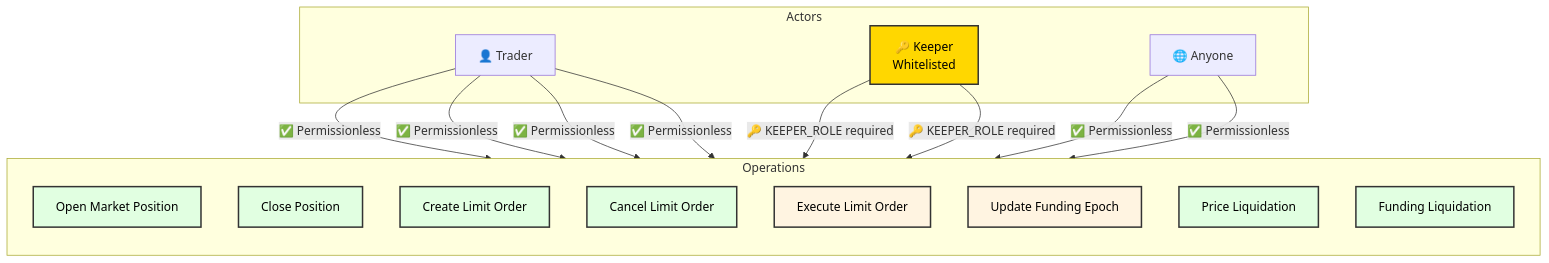
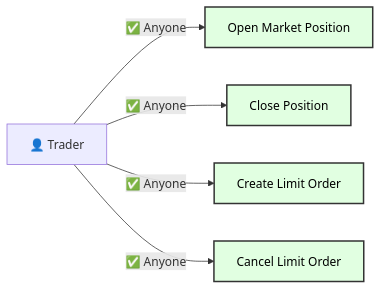
The first of 4 diagrams in README.md (avasnap/tradestaprotocol), drawn with Mermaid before and after one commit. The commit also changed other lines of this file, not shown here.

Commit message:
Split permission model into 3 separate diagrams by actor
Much cleaner presentation:
- Traders diagram: 4 permissionless operations
- Keepers diagram: 2 restricted operations (highlighted in yellow)
- Liquidators diagram: 2 permissionless operations

Benefits:
- Each diagram fits better horizontally
- Clearer separation of concerns
- Easier to see at a glance what each actor can do
- No unnecessary grouping/nesting

🤖 Generated with [Claude Code](https://claude.com/claude-code)

````diff
--- a/README.md
+++ b/README.md
@@ -65,41 +66,12 @@
 ```mermaid
-graph TB
-    subgraph Actors
-        Trader[👤 Trader]
-        Keeper[🔑 Keeper<br/>Whitelisted]
-        Anyone[🌐 Anyone]
-    end
-
-    subgraph "Operations"
-        direction TB
-        CreatePos[Open Market Position]
-        ClosePos[Close Position]
-        CreateOrder[Create Limit Order]
-        CancelOrder[Cancel Limit Order]
-        ExecOrder[Execute Limit Order]
-        UpdateFunding[Update Funding Epoch]
-        PriceLiq[Price Liquidation]
-        FundingLiq[Funding Liquidation]
-    end
-
-    Trader -->|✅ Permissionless| CreatePos
-    Trader -->|✅ Permissionless| ClosePos
-    Trader -->|✅ Permissionless| CreateOrder
-    Trader -->|✅ Permissionless| CancelOrder
-
-    Keeper -->|🔑 KEEPER_ROLE required| ExecOrder
-    Keeper -->|🔑 KEEPER_ROLE required| UpdateFunding
-
-    Anyone -->|✅ Permissionless| PriceLiq
-    Anyone -->|✅ Permissionless| FundingLiq
+graph LR
+    Trader[👤 Trader] -->|✅ Anyone| CreatePos[Open Market Position]
+    Trader -->|✅ Anyone| ClosePos[Close Position]
+    Trader -->|✅ Anyone| CreateOrder[Create Limit Order]
+    Trader -->|✅ Anyone| CancelOrder[Cancel Limit Order]
 
     style CreatePos fill:#e1ffe1,stroke:#333,stroke-width:2px,color:#000
     style ClosePos fill:#e1ffe1,stroke:#333,stroke-width:2px,color:#000
     style CreateOrder fill:#e1ffe1,stroke:#333,stroke-width:2px,color:#000
     style CancelOrder fill:#e1ffe1,stroke:#333,stroke-width:2px,color:#000
-    style ExecOrder fill:#fff4e1,stroke:#333,stroke-width:2px,color:#000
-    style UpdateFunding fill:#fff4e1,stroke:#333,stroke-width:2px,color:#000
-    style PriceLiq fill:#e1ffe1,stroke:#333,stroke-width:2px,color:#000
-    style FundingLiq fill:#e1ffe1,stroke:#333,stroke-width:2px,color:#000
-    style Keeper fill:#ffd700,stroke:#333,stroke-width:2px,color:#000
 ```
````
